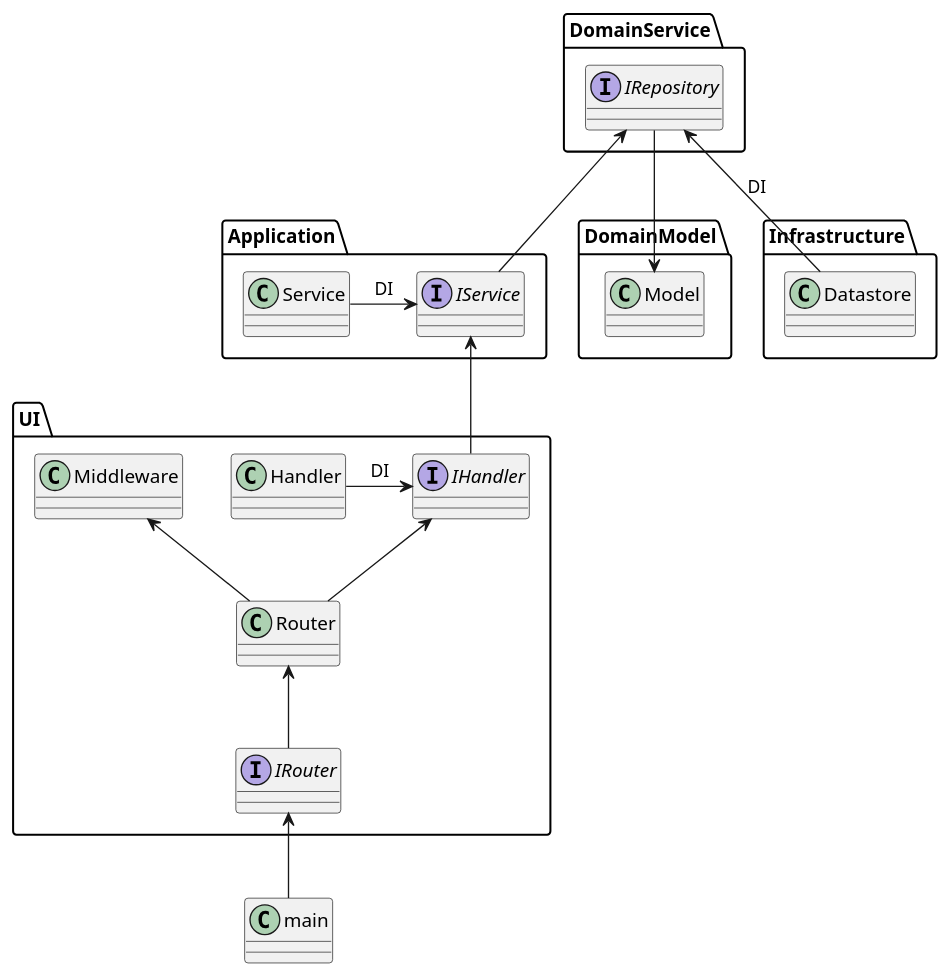
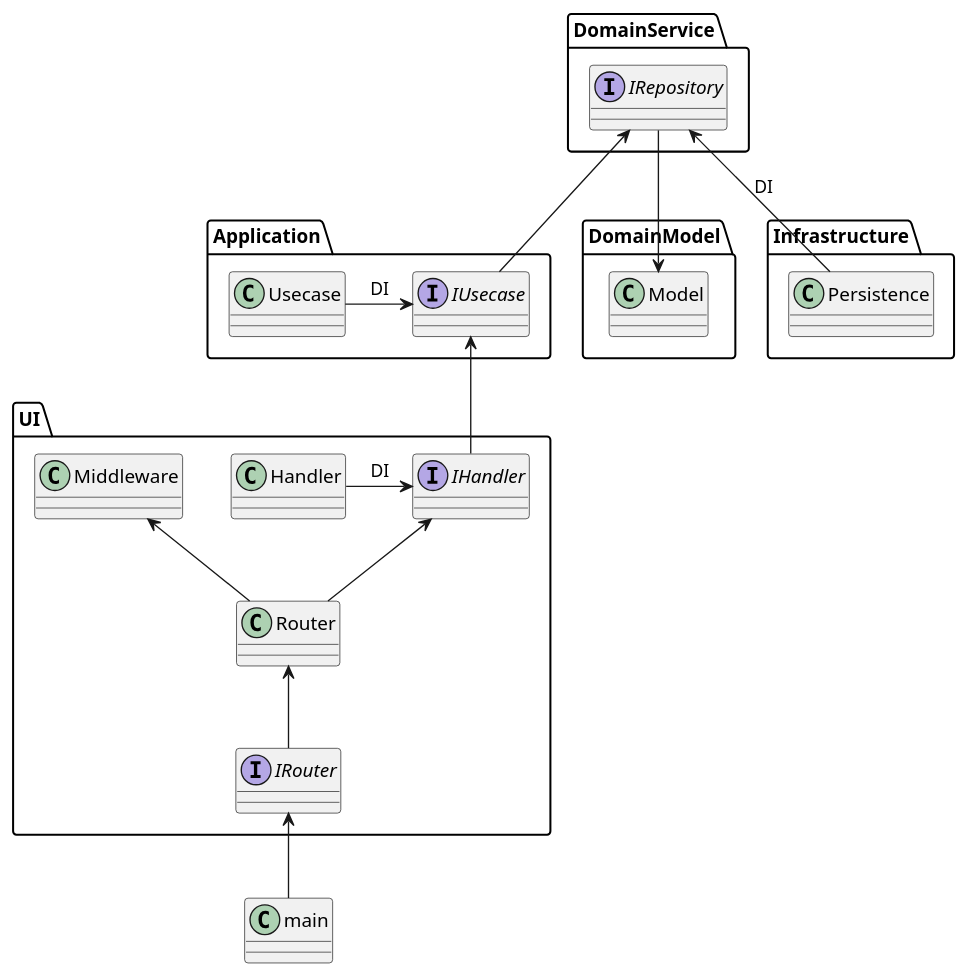
Before and after one commit to oshou/AwesomeMusic-api: the diagram in docs/class.pu, drawn with PlantUML. The commit also changed 3 other files, not shown here.

```diff
--- a/docs/class.pu
+++ b/docs/class.pu
@@ -1,37 +1,37 @@
 @startuml
 package DomainModel {
   class Model
 }
 
 package DomainService {
   interface IRepository
 }
 
 package Application {
-  class Service
-  interface IService
+  class Usecase
+  interface IUsecase
 }
 
 package Infrastructure {
-  class Datastore
+  class Persistence
 }
 package UI {
   interface IRouter
   class Router
   class Middleware
   interface IHandler
   class Handler
 }
 class main
 
 Model <-up- IRepository
-IService -up-> IRepository
-Datastore -up-> IRepository: DI
-Service -right-> IService: DI
-IHandler -up-> IService
+IUsecase -up-> IRepository
+Persistence -up-> IRepository: DI
+Usecase -right-> IUsecase: DI
+IHandler -up-> IUsecase
 Handler -right-> IHandler: DI
 Router -up-> IHandler
 Router -up-> Middleware
 IRouter -up-> Router
 main -up-> IRouter
 @enduml
```
